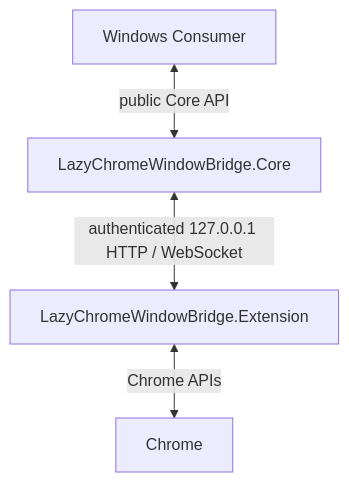
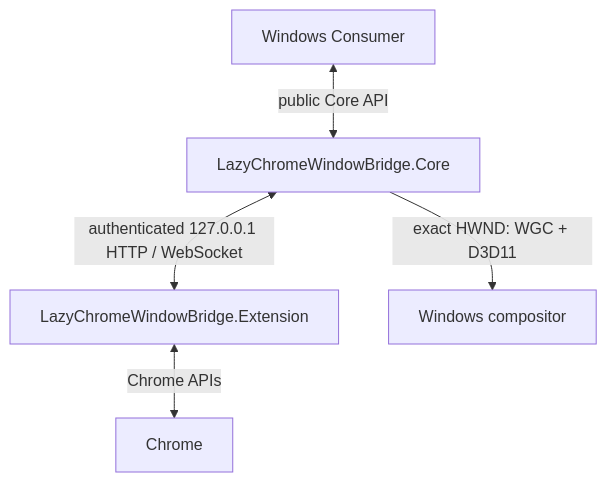
Before and after one commit to Yasuhiko-m/LazyChromeWindowBridge: the diagram in README.md, drawn with Mermaid. The commit also changed other lines of this file and 49 other files, not shown here.

````diff
--- a/README.md
+++ b/README.md
@@ -48,6 +49,7 @@
 ```mermaid
 flowchart TB
     Consumer[Windows Consumer] <-->|public Core API| Core[LazyChromeWindowBridge.Core]
     Core <-->|authenticated 127.0.0.1 HTTP / WebSocket| Extension[LazyChromeWindowBridge.Extension]
     Extension <-->|Chrome APIs| Chrome[Chrome]
+    Core -->|exact HWND: WGC + D3D11| Windows[Windows compositor]
 ```
````
